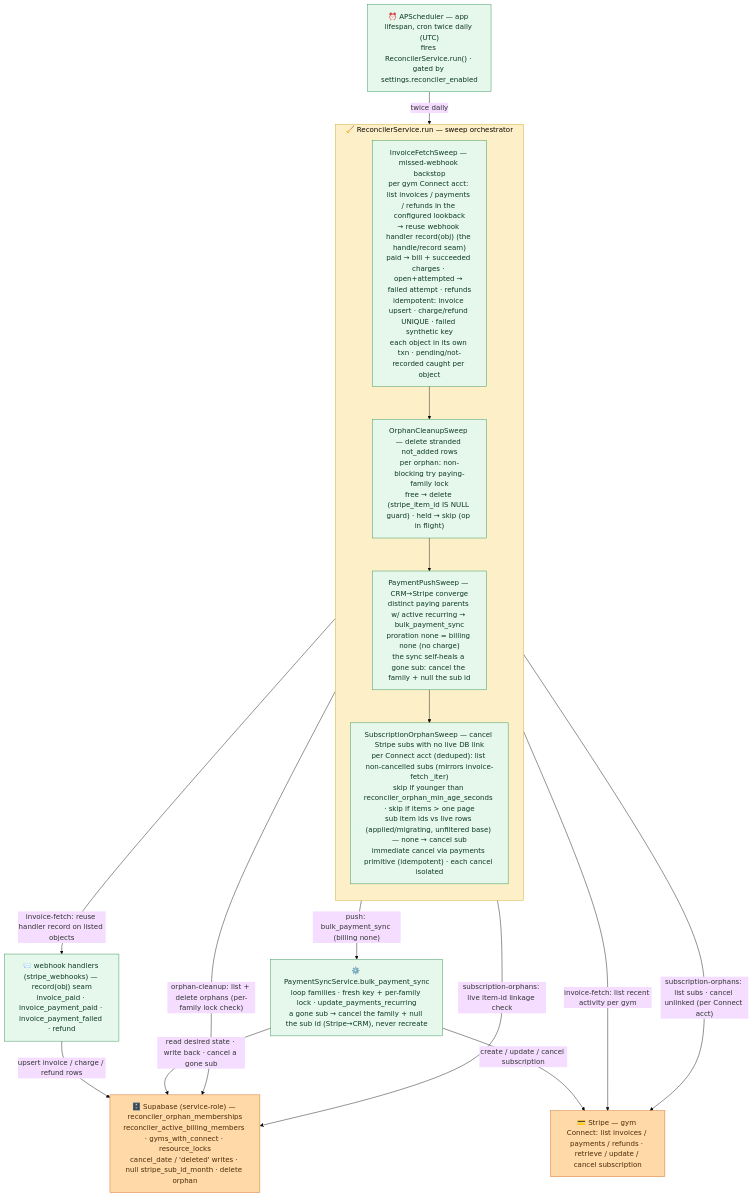
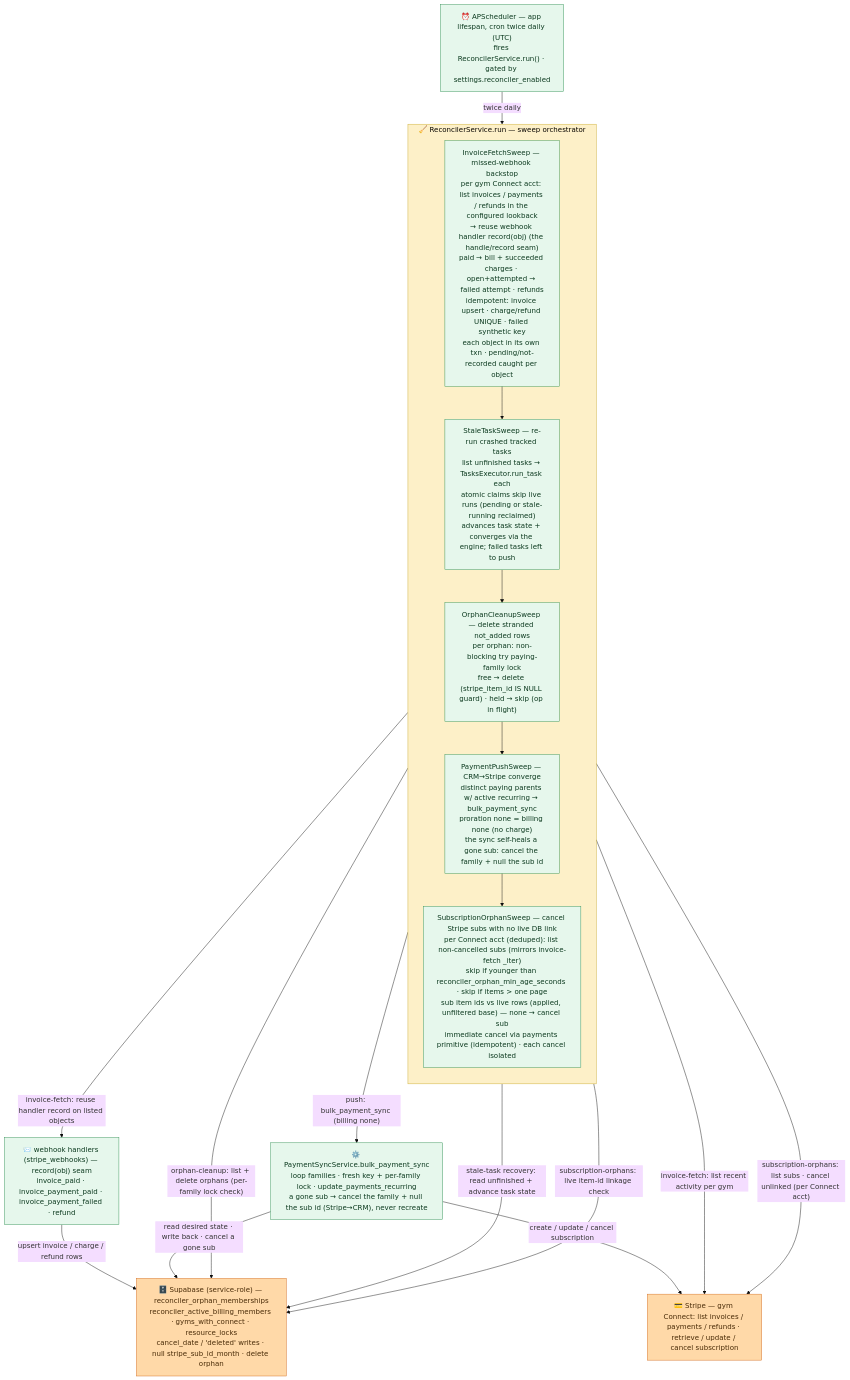
The diagram in FastApiBackend/reconciler.mermaid (jesse51002/CombatDen), drawn with Mermaid (base theme) before and after one commit. The commit also changed 119 other files, not shown here.

```diff
--- a/FastApiBackend/reconciler.mermaid
+++ b/FastApiBackend/reconciler.mermaid
@@ -1,52 +1,58 @@
 flowchart TB
   %% Scheduled reconciler — orchestration flow of ReconcilerService.run().
   %% Source of truth: src/reconciler/ (reconciler-guide skill).
-  %% APScheduler (app lifespan) fires run() twice daily, then runs the four
-  %% step-services in order: invoice-fetch -> orphan-cleanup -> payment-push ->
-  %% subscription-orphans (cancel live Stripe subs with no live DB link, last).
+  %% APScheduler (app lifespan) fires run() twice daily, then runs the five
+  %% step-services in order: invoice-fetch -> stale-task recovery ->
+  %% orphan-cleanup -> payment-push -> subscription-orphans (cancel live Stripe
+  %% subs with no live DB link, last). Stale-task recovery re-runs unfinished
+  %% tracked tasks (src/tasks/) whose in-process run died — the recovery loop
+  %% lives here, the tasks engine only knows how to run ONE task.
   %% No reconciler-wide lock — safety is the per-family PayingMemberLock every
   %% payment op already holds.
   %% Each step reuses existing machinery: the fetcher drives the webhook handler
   %% record() seam, the orphan cleanup checks the per-family lock, the push sweep
   %% calls bulk sync — whose sync now self-heals a gone subscription natively
   %% (cancels the family + nulls the sub id), so there is no separate status pass.
   %% Green = reconciler step/service · yellow = the orchestrator (fan-out hub) ·
   %% orange = external actors. Solid = live runtime call.
 
   sched["⏰ APScheduler — app lifespan, cron twice daily (UTC)<br/>fires ReconcilerService.run() · gated by settings.reconciler_enabled"]
 
   subgraph recon["🧹 ReconcilerService.run — sweep orchestrator"]
     direction TB
     fetch["InvoiceFetchSweep — missed-webhook backstop<br/>per gym Connect acct: list invoices / payments / refunds in the configured lookback<br/>→ reuse webhook handler record(obj) (the handle/record seam)<br/>paid → bill + succeeded charges · open+attempted → failed attempt · refunds<br/>idempotent: invoice upsert · charge/refund UNIQUE · failed synthetic key<br/>each object in its own txn · pending/not-recorded caught per object"]
+    stale_task["StaleTaskSweep — re-run crashed tracked tasks<br/>list unfinished tasks → TasksExecutor.run_task each<br/>atomic claims skip live runs (pending or stale-running reclaimed)<br/>advances task state + converges via the engine; failed tasks left to push"]
     orphan["OrphanCleanupSweep — delete stranded not_added rows<br/>per orphan: non-blocking try paying-family lock<br/>free → delete (stripe_item_id IS NULL guard) · held → skip (op in flight)"]
     push["PaymentPushSweep — CRM→Stripe converge<br/>distinct paying parents w/ active recurring → bulk_payment_sync<br/>proration none = billing none (no charge)<br/>the sync self-heals a gone sub: cancel the family + null the sub id"]
-    suborphan["SubscriptionOrphanSweep — cancel Stripe subs with no live DB link<br/>per Connect acct (deduped): list non-cancelled subs (mirrors invoice-fetch _iter)<br/>skip if younger than reconciler_orphan_min_age_seconds · skip if items &gt; one page<br/>sub item ids vs live rows (applied/migrating, unfiltered base) — none → cancel sub<br/>immediate cancel via payments primitive (idempotent) · each cancel isolated"]
-    fetch --> orphan
+    suborphan["SubscriptionOrphanSweep — cancel Stripe subs with no live DB link<br/>per Connect acct (deduped): list non-cancelled subs (mirrors invoice-fetch _iter)<br/>skip if younger than reconciler_orphan_min_age_seconds · skip if items &gt; one page<br/>sub item ids vs live rows (applied, unfiltered base) — none → cancel sub<br/>immediate cancel via payments primitive (idempotent) · each cancel isolated"]
+    fetch --> stale_task
+    stale_task --> orphan
     orphan --> push
     push --> suborphan
   end
 
   handlers["📨 webhook handlers (stripe_webhooks) — record(obj) seam<br/>invoice_paid · invoice_payment_paid · invoice_payment_failed · refund"]
   engine["⚙️ PaymentSyncService.bulk_payment_sync<br/>loop families · fresh key + per-family lock · update_payments_recurring<br/>a gone sub → cancel the family + null the sub id (Stripe→CRM), never recreate"]
 
   supabase["🗄️ Supabase (service-role) — reconciler_orphan_memberships<br/>reconciler_active_billing_members · gyms_with_connect · resource_locks<br/>cancel_date / 'deleted' writes · null stripe_sub_id_month · delete orphan"]
   stripe["💳 Stripe — gym Connect: list invoices / payments / refunds · retrieve / update / cancel subscription"]
 
   sched -->|"twice daily"| recon
   recon -->|"invoice-fetch: reuse handler record on listed objects"| handlers
   recon -->|"push: bulk_payment_sync (billing none)"| engine
   recon -->|"orphan-cleanup: list + delete orphans (per-family lock check)"| supabase
+  recon -->|"stale-task recovery: read unfinished + advance task state"| supabase
   recon -->|"invoice-fetch: list recent activity per gym"| stripe
   recon -->|"subscription-orphans: list subs · cancel unlinked (per Connect acct)"| stripe
   recon -->|"subscription-orphans: live item-id linkage check"| supabase
   handlers -->|"upsert invoice / charge / refund rows"| supabase
   engine -->|"read desired state · write back · cancel a gone sub"| supabase
   engine -->|"create / update / cancel subscription"| stripe
 
   classDef svc fill:#e6f7ec,stroke:#2f8f53,color:#0c3a1f;
   classDef ext fill:#ffd9a8,stroke:#d2691e,color:#4a2c08;
   classDef hub fill:#fdf0c8,stroke:#caab2f,color:#4a3d08;
   class sched,handlers,engine svc;
   class supabase,stripe ext;
-  class fetch,orphan,push,suborphan svc;
+  class fetch,stale_task,orphan,push,suborphan svc;
   style recon fill:#fdf0c8,stroke:#caab2f;
```
